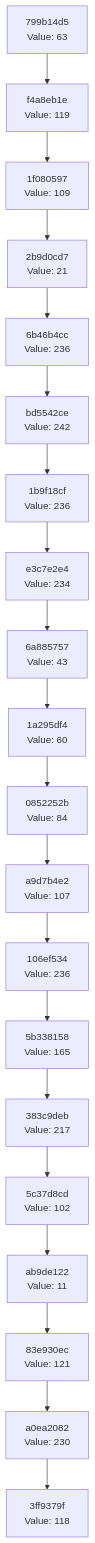
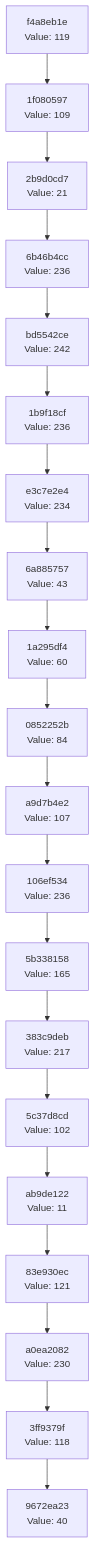
The diagram in docs/CHAIN_VISUALIZATION.md (Abhisheksinha1506/hash-chain-evolver), drawn with Mermaid before and after one commit. The commit also changed 3 other files, not shown here.

````diff
--- a/docs/CHAIN_VISUALIZATION.md
+++ b/docs/CHAIN_VISUALIZATION.md
@@ -3,42 +3,42 @@
 ```mermaid
 graph TD
-    C0["3ff9379f<br/>Value: 118"]
-    C1["a0ea2082<br/>Value: 230"]
+    C0["9672ea23<br/>Value: 40"]
+    C1["3ff9379f<br/>Value: 118"]
     C1 --> C0
-    C2["83e930ec<br/>Value: 121"]
+    C2["a0ea2082<br/>Value: 230"]
     C2 --> C1
-    C3["ab9de122<br/>Value: 11"]
+    C3["83e930ec<br/>Value: 121"]
     C3 --> C2
-    C4["5c37d8cd<br/>Value: 102"]
+    C4["ab9de122<br/>Value: 11"]
     C4 --> C3
-    C5["383c9deb<br/>Value: 217"]
+    C5["5c37d8cd<br/>Value: 102"]
     C5 --> C4
-    C6["5b338158<br/>Value: 165"]
+    C6["383c9deb<br/>Value: 217"]
     C6 --> C5
-    C7["106ef534<br/>Value: 236"]
+    C7["5b338158<br/>Value: 165"]
     C7 --> C6
-    C8["a9d7b4e2<br/>Value: 107"]
+    C8["106ef534<br/>Value: 236"]
     C8 --> C7
-    C9["0852252b<br/>Value: 84"]
+    C9["a9d7b4e2<br/>Value: 107"]
     C9 --> C8
-    C10["1a295df4<br/>Value: 60"]
+    C10["0852252b<br/>Value: 84"]
     C10 --> C9
-    C11["6a885757<br/>Value: 43"]
+    C11["1a295df4<br/>Value: 60"]
     C11 --> C10
-    C12["e3c7e2e4<br/>Value: 234"]
+    C12["6a885757<br/>Value: 43"]
     C12 --> C11
-    C13["1b9f18cf<br/>Value: 236"]
+    C13["e3c7e2e4<br/>Value: 234"]
     C13 --> C12
-    C14["bd5542ce<br/>Value: 242"]
+    C14["1b9f18cf<br/>Value: 236"]
     C14 --> C13
-    C15["6b46b4cc<br/>Value: 236"]
+    C15["bd5542ce<br/>Value: 242"]
     C15 --> C14
-    C16["2b9d0cd7<br/>Value: 21"]
+    C16["6b46b4cc<br/>Value: 236"]
     C16 --> C15
-    C17["1f080597<br/>Value: 109"]
+    C17["2b9d0cd7<br/>Value: 21"]
     C17 --> C16
-    C18["f4a8eb1e<br/>Value: 119"]
+    C18["1f080597<br/>Value: 109"]
     C18 --> C17
-    C19["799b14d5<br/>Value: 63"]
+    C19["f4a8eb1e<br/>Value: 119"]
     C19 --> C18
 ```
````
